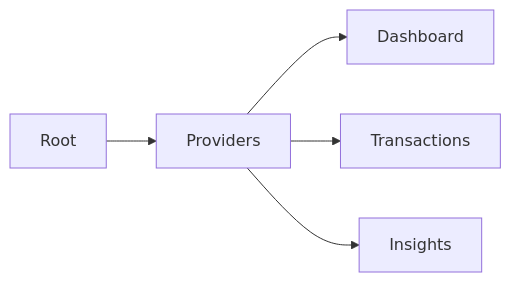
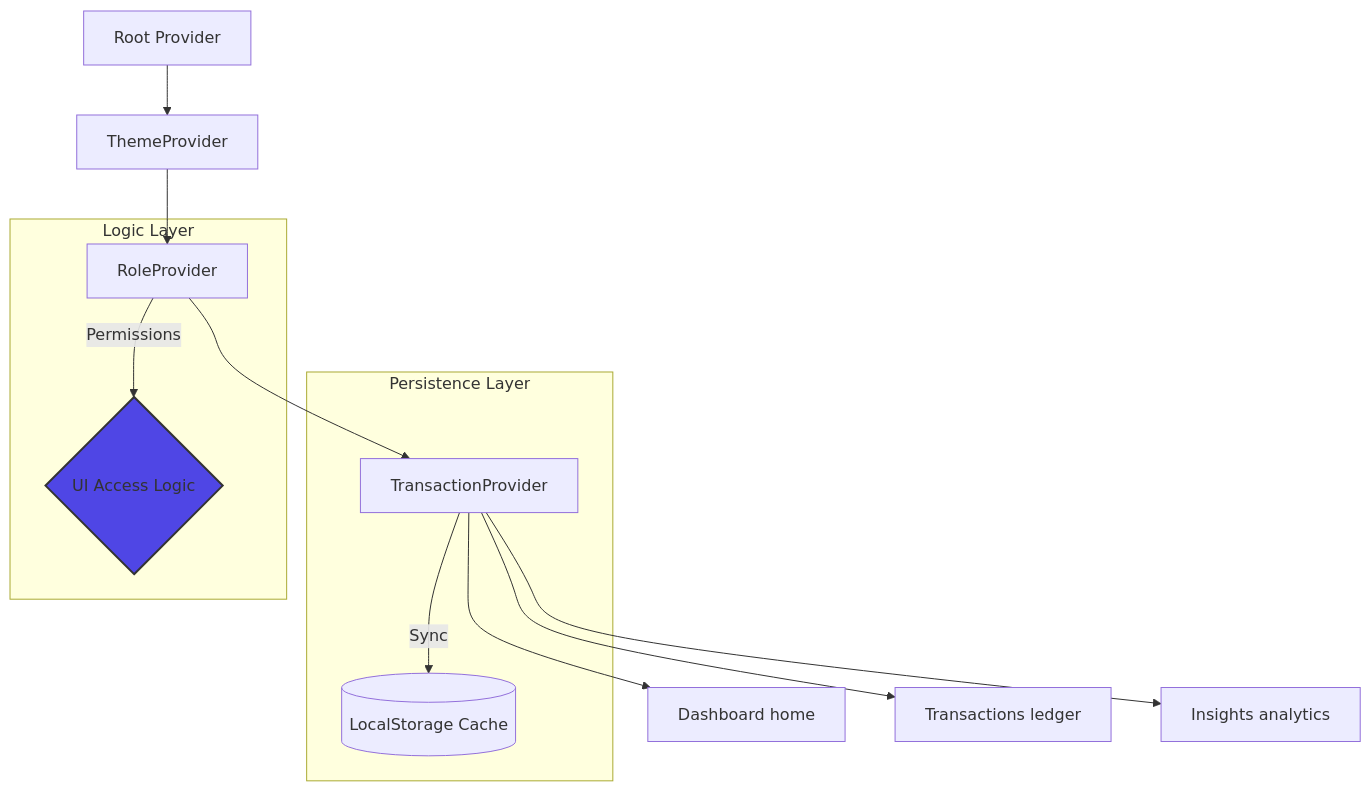
One commit to Mezan2002/finance-dashboard-client changed the diagram in README.md. Above: the diagram before and after it, drawn with Mermaid. The commit also changed other lines of this file, not shown here.

Commit message:
docs: overhaul README with enhanced project documentation, architecture diagrams, and setup guide

````diff
--- a/README.md
+++ b/README.md
@@ -40,7 +55,18 @@
 ```mermaid
-graph LR
-    A[Root] --> B[Providers]
-    B --> C[Dashboard]
-    B --> D[Transactions]
-    B --> E[Insights]
+graph TD
+    A[Root Provider] --> B[ThemeProvider]
+    B --> C[RoleProvider]
+    C --> D[TransactionProvider]
+    D --> E[Dashboard home]
+    D --> F[Transactions ledger]
+    D --> G[Insights analytics]
+
+    subgraph "Persistence Layer"
+    D -- Sync --> H[(LocalStorage Cache)]
+    end
+
+    subgraph "Logic Layer"
+    C -- Permissions --> I{UI Access Logic}
+    style I fill:#4f46e5,stroke:#333,stroke-width:2px;
+    end
 ```
````
